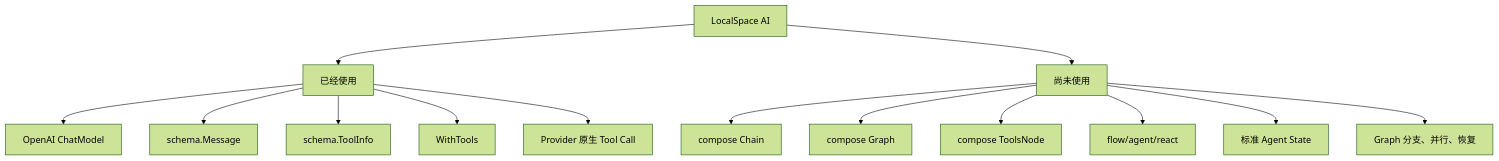
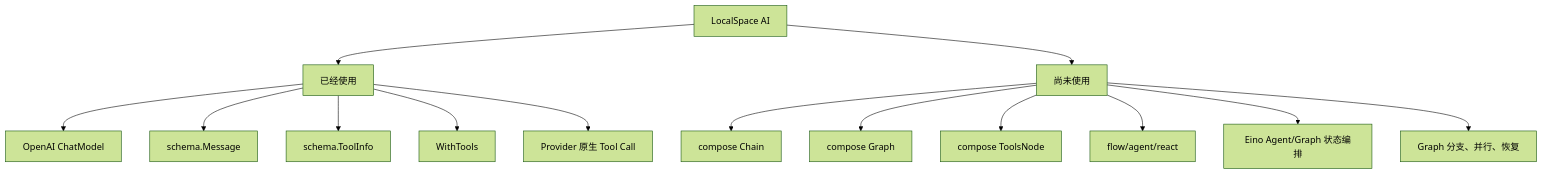
The first of 7 diagrams in docs/localspace-ai-architecture-analysis-and-plan.md (eleven924/localSpace), drawn with Mermaid (forest theme) before and after one commit. The commit also changed other lines of this file and 6 other files, not shown here.

````diff
--- a/docs/localspace-ai-architecture-analysis-and-plan.md
+++ b/docs/localspace-ai-architecture-analysis-and-plan.md
@@ -58,18 +62,18 @@
 ```mermaid
 flowchart TB
     A[LocalSpace AI] --> B[已经使用]
     A --> C[尚未使用]
 
     B --> B1[OpenAI ChatModel]
     B --> B2[schema.Message]
     B --> B3[schema.ToolInfo]
     B --> B4[WithTools]
     B --> B5[Provider 原生 Tool Call]
 
     C --> C1[compose Chain]
     C --> C2[compose Graph]
     C --> C3[compose ToolsNode]
     C --> C4[flow/agent/react]
-    C --> C5[标准 Agent State]
+    C --> C5[Eino Agent/Graph 状态编排]
     C --> C6[Graph 分支、并行、恢复]
 ```
````
